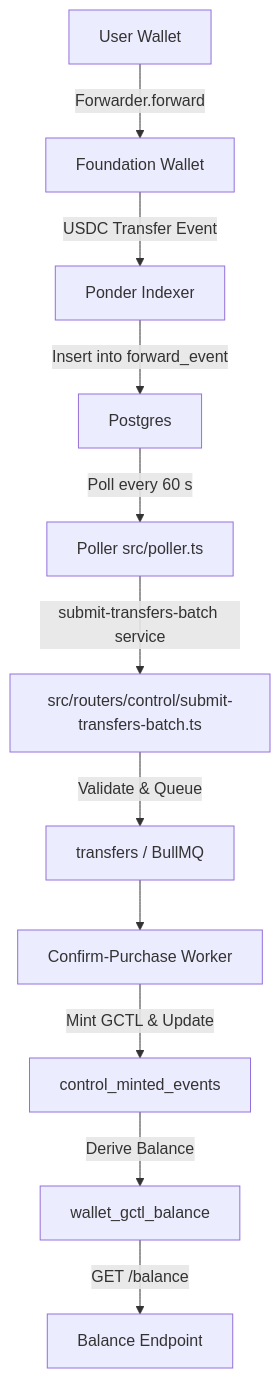
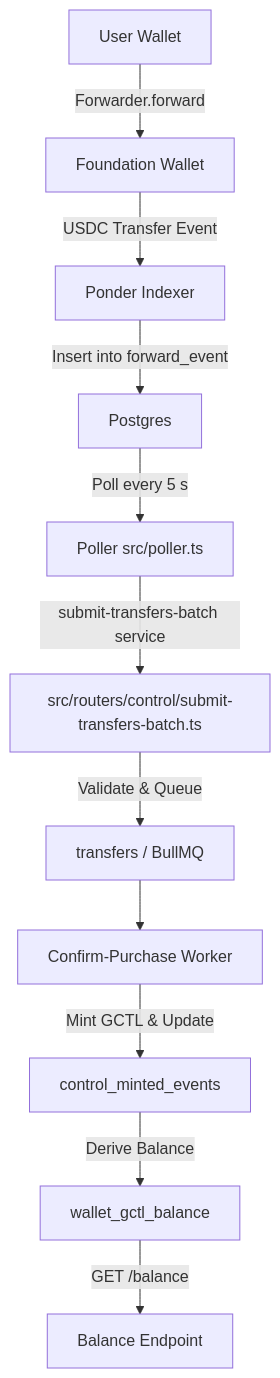
The diagram in .cursor/api.mdc (glowlabs-org/glow-smart-route-nextJS), drawn with Mermaid before and after one commit. The commit also changed other lines of this file and 10 other files, not shown here.

````diff
--- a/.cursor/api.mdc
+++ b/.cursor/api.mdc
@@ -41,17 +38,17 @@
 ```mermaid
 ---
 config:
   theme: mc
 ---
 flowchart TD
     A[User Wallet] -->|Forwarder.forward| B[Foundation Wallet]
     B -->|USDC Transfer Event| C[Ponder Indexer]
     C -->|Insert into forward_event| D[Postgres]
-    D -->|Poll every 60 s| E[Poller src/poller.ts]
+    D -->|Poll every 5 s| E[Poller src/poller.ts]
     E -->|submit-transfers-batch service| F[src/routers/control/submit-transfers-batch.ts]
     F -->|Validate & Queue| G[transfers / BullMQ]
     G --> H[Confirm-Purchase Worker]
     H -->|Mint GCTL & Update| I[control_minted_events]
     I -->|Derive Balance| J[wallet_gctl_balance]
     J -->|GET /balance| K[Balance Endpoint]
 ```
````
